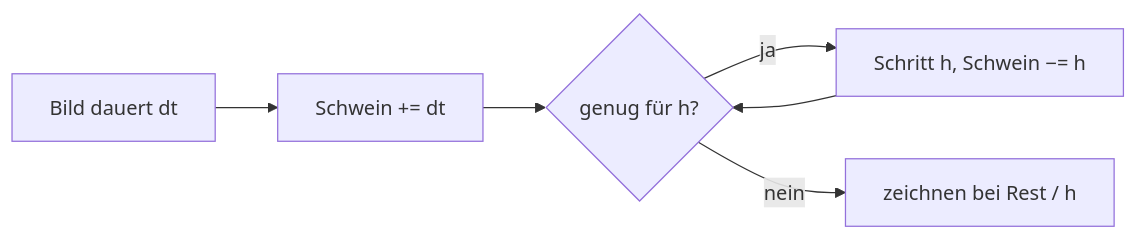
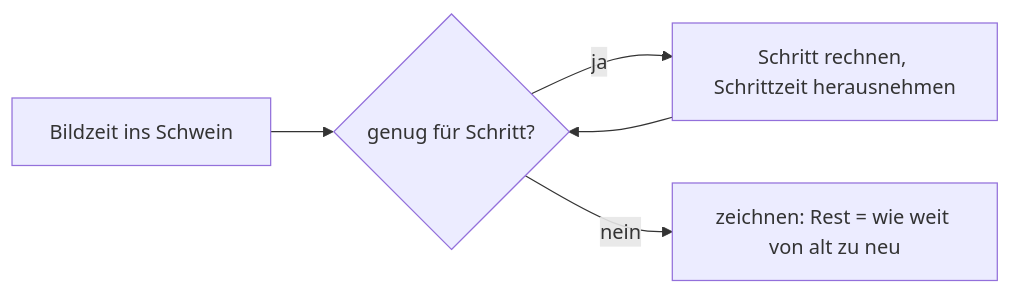
Before and after one commit to ChristianHohlfeld/kernengine.de: the first of 2 diagrams in kern/docs/buch-gelb/C-grundlagen-physik.md, drawn with Mermaid. The commit also changed other lines of this file and 7 other files, not shown here.

````diff
--- a/kern/docs/buch-gelb/C-grundlagen-physik.md
+++ b/kern/docs/buch-gelb/C-grundlagen-physik.md
@@ -104,8 +124,7 @@
 ```mermaid
 flowchart LR
-  F["Bild dauert dt"] --> A["Schwein += dt"]
-  A --> L{"genug für h?"}
-  L -->|ja| S["Schritt h, Schwein −= h"]
+  F["Bildzeit ins Schwein"] --> L{"genug für Schritt?"}
+  L -->|ja| S["Schritt rechnen, Schrittzeit herausnehmen"]
   S --> L
-  L -->|nein| R["zeichnen bei Rest / h"]
+  L -->|nein| R["zeichnen: Rest = wie weit von alt zu neu"]
 ```
````
